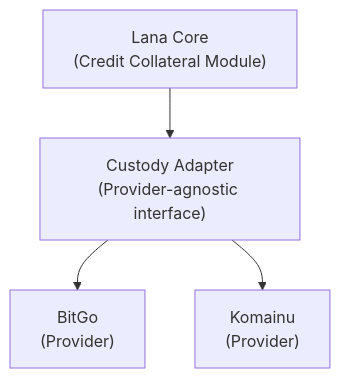
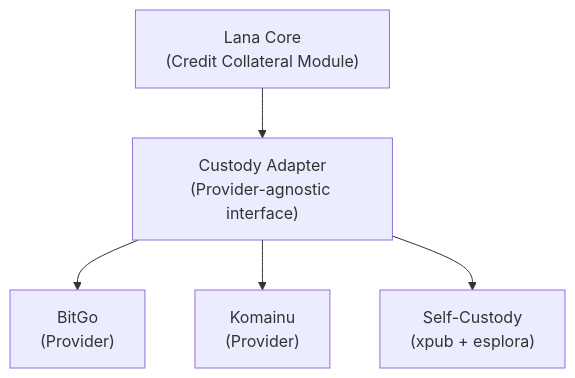
The second of 4 diagrams in docs-site/docs/for-internal-developers/custody-portfolio.md (GaloyMoney/lana-bank), drawn with Mermaid before and after one commit. The commit also changed other lines of this file and 25 other files, not shown here.

Commit message:
feat(custody): add self-custody bitcoin custodian

````diff
--- a/docs-site/docs/for-internal-developers/custody-portfolio.md
+++ b/docs-site/docs/for-internal-developers/custody-portfolio.md
@@ -73,6 +74,7 @@
 ```mermaid
 graph TD
     CORE["Lana Core<br/>(Credit Collateral Module)"] --> ADAPTER["Custody Adapter<br/>(Provider-agnostic interface)"]
     ADAPTER --> BITGO["BitGo<br/>(Provider)"]
     ADAPTER --> KOMAINU["Komainu<br/>(Provider)"]
+    ADAPTER --> SELF["Self-Custody<br/>(xpub + esplora)"]
 ```
````
